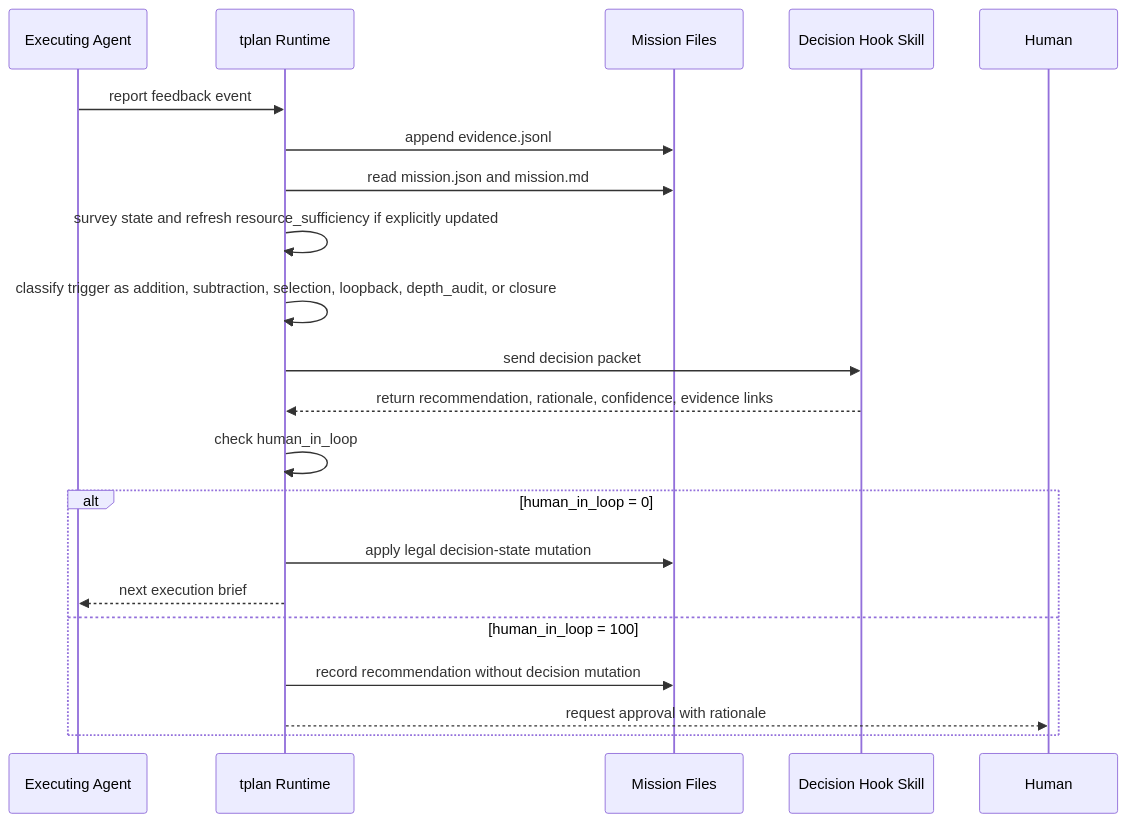
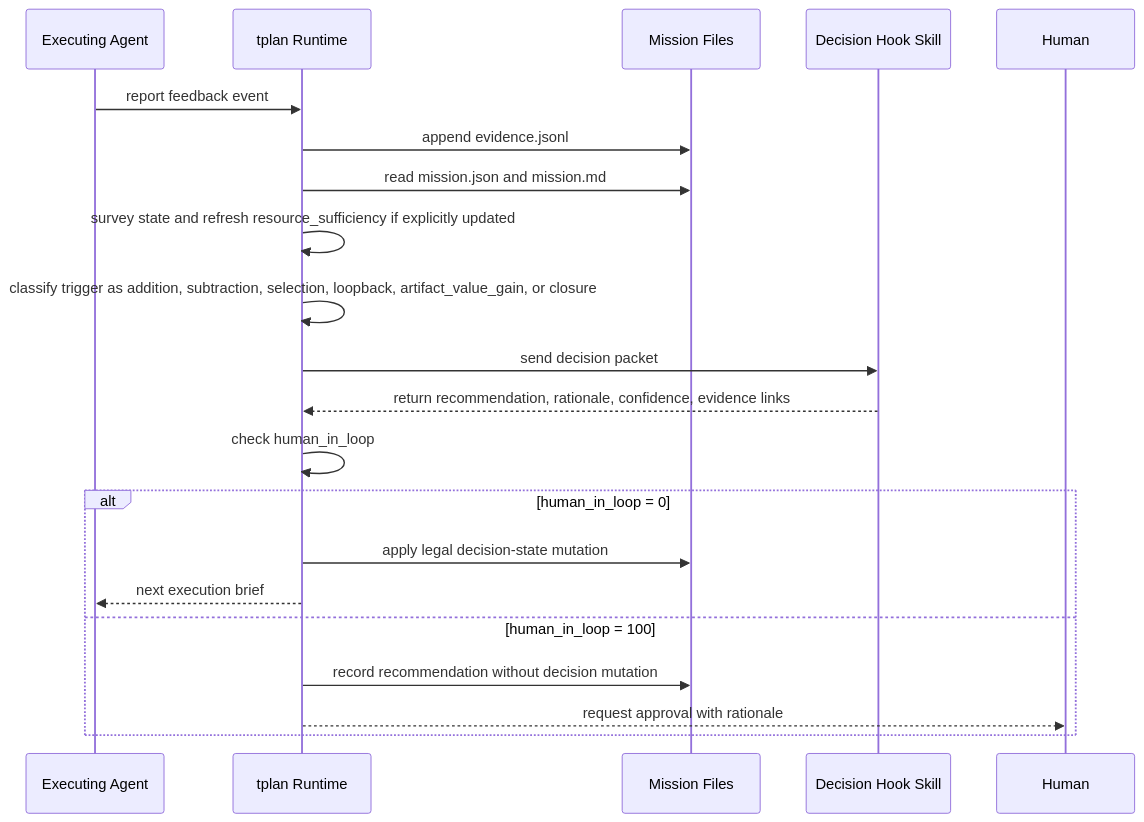
Before and after one commit to rv198-star/Mindthus: the second of 2 diagrams in docs/superpowers/specs/2026-04-28-tplan-v0.1-design.md, drawn with Mermaid. The commit also changed other lines of this file and 31 other files, not shown here.

````diff
--- a/docs/superpowers/specs/2026-04-28-tplan-v0.1-design.md
+++ b/docs/superpowers/specs/2026-04-28-tplan-v0.1-design.md
@@ -248,24 +248,24 @@
 ```mermaid
 sequenceDiagram
   participant Exec as Executing Agent
   participant TP as tplan Runtime
   participant Store as Mission Files
   participant Hook as Decision Hook Skill
   participant Human as Human
 
   Exec->>TP: report feedback event
   TP->>Store: append evidence.jsonl
   TP->>Store: read mission.json and mission.md
   TP->>TP: survey state and refresh resource_sufficiency if explicitly updated
-  TP->>TP: classify trigger as addition, subtraction, selection, loopback, depth_audit, or closure
+  TP->>TP: classify trigger as addition, subtraction, selection, loopback, artifact_value_gain, or closure
   TP->>Hook: send decision packet
   Hook-->>TP: return recommendation, rationale, confidence, evidence links
   TP->>TP: check human_in_loop
   alt human_in_loop = 0
     TP->>Store: apply legal decision-state mutation
     TP-->>Exec: next execution brief
   else human_in_loop = 100
     TP->>Store: record recommendation without decision mutation
     TP-->>Human: request approval with rationale
   end
 ```
````
